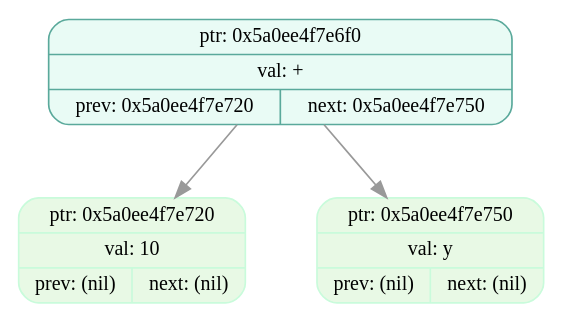
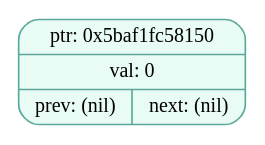
Before and after one commit to EvilTomato9890/Difference: the diagram in dumps/tree_dump_005.dot, drawn with Graphviz. The commit also changed 46 other files, not shown here.

```diff
--- a/dumps/tree_dump_005.dot
+++ b/dumps/tree_dump_005.dot
@@ -1,9 +1,5 @@
 digraph T{
   node [fontname="Fira Mono",shape=record,style="filled,rounded",fontsize=12];
   graph [splines=true, nodesep=0.6, ranksep=0.6];
-  node_0x5a0ee4f7e6f0[shape=record,label="{ {ptr: 0x5a0ee4f7e6f0} | {val: +} | { prev: 0x5a0ee4f7e720 | next: 0x5a0ee4f7e750 } }",color="#5aa99b",fillcolor="#e9fbf5"];
-  node_0x5a0ee4f7e720[shape=record,label="{ {ptr: 0x5a0ee4f7e720} | {val: 10} | { prev: (nil) | next: (nil) } }",color="#c9fbdbff",fillcolor="#e8f9e5ff"];
-  node_0x5a0ee4f7e750[shape=record,label="{ {ptr: 0x5a0ee4f7e750} | {val: y} | { prev: (nil) | next: (nil) } }",color="#c9fbdbff",fillcolor="#e8f9e5ff"];
-  node_0x5a0ee4f7e6f0 -> node_0x5a0ee4f7e720 [color="#999999"];
-  node_0x5a0ee4f7e6f0 -> node_0x5a0ee4f7e750 [color="#999999"];
+  node_0x5baf1fc58150[shape=record,label="{ {ptr: 0x5baf1fc58150} | {val: 0} | { prev: (nil) | next: (nil) } }",color="#5aa99b",fillcolor="#e9fbf5"];
 }
```
